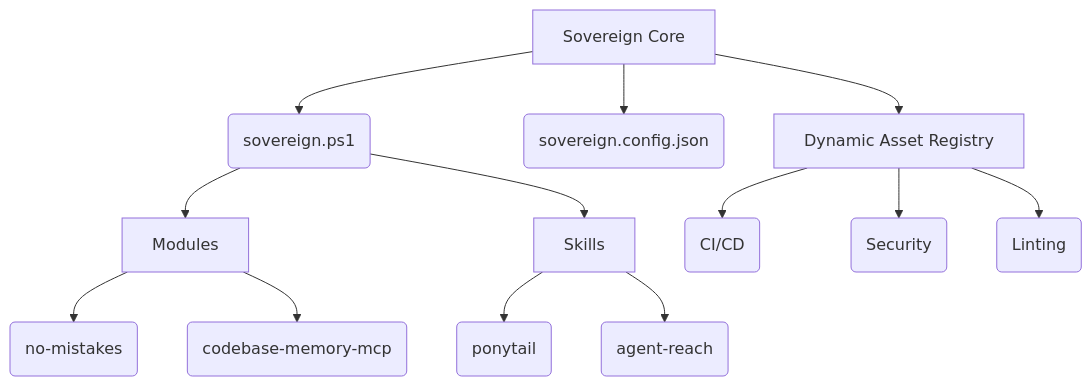
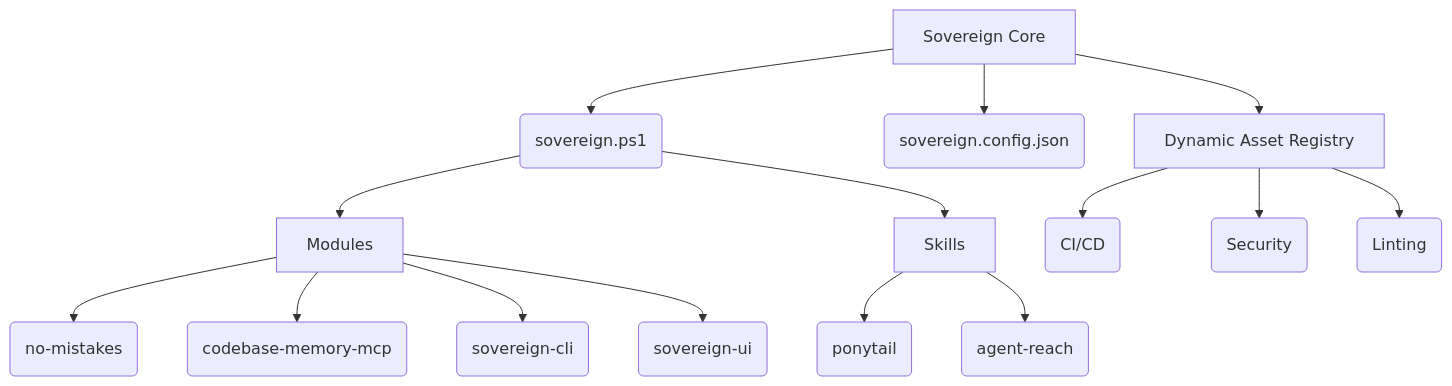
One commit to tejaswin-amara/Sovereign-OS changed the diagram in README.md. Above: the diagram before and after it, drawn with Mermaid. The commit also changed 110 other files, not shown here.

````diff
--- a/README.md
+++ b/README.md
@@ -11,18 +11,20 @@
 ```mermaid
 graph TD
     A[Sovereign Core] --> B(sovereign.ps1)
     A --> C(sovereign.config.json)
     
     B --> D[Modules]
     D --> E(no-mistakes)
     D --> F(codebase-memory-mcp)
+    D --> G(sovereign-cli)
+    D --> H(sovereign-ui)
     
-    B --> G[Skills]
-    G --> H(ponytail)
-    G --> I(agent-reach)
+    B --> I[Skills]
+    I --> J(ponytail)
+    I --> K(agent-reach)
     
-    A --> J[Dynamic Asset Registry]
-    J --> K(CI/CD)
-    J --> L(Security)
-    J --> M(Linting)
+    A --> L[Dynamic Asset Registry]
+    L --> M(CI/CD)
+    L --> N(Security)
+    L --> O(Linting)
 ```
````
